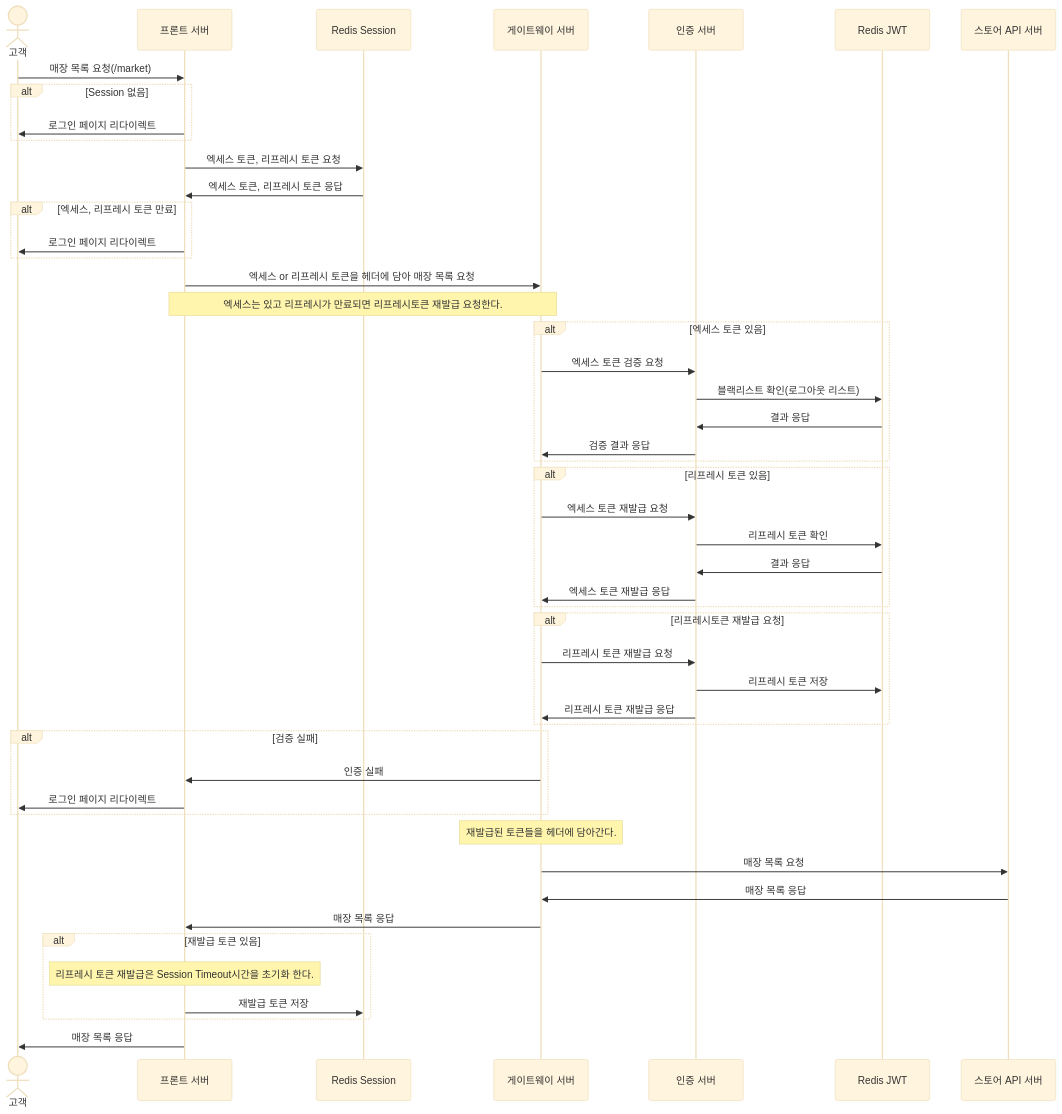
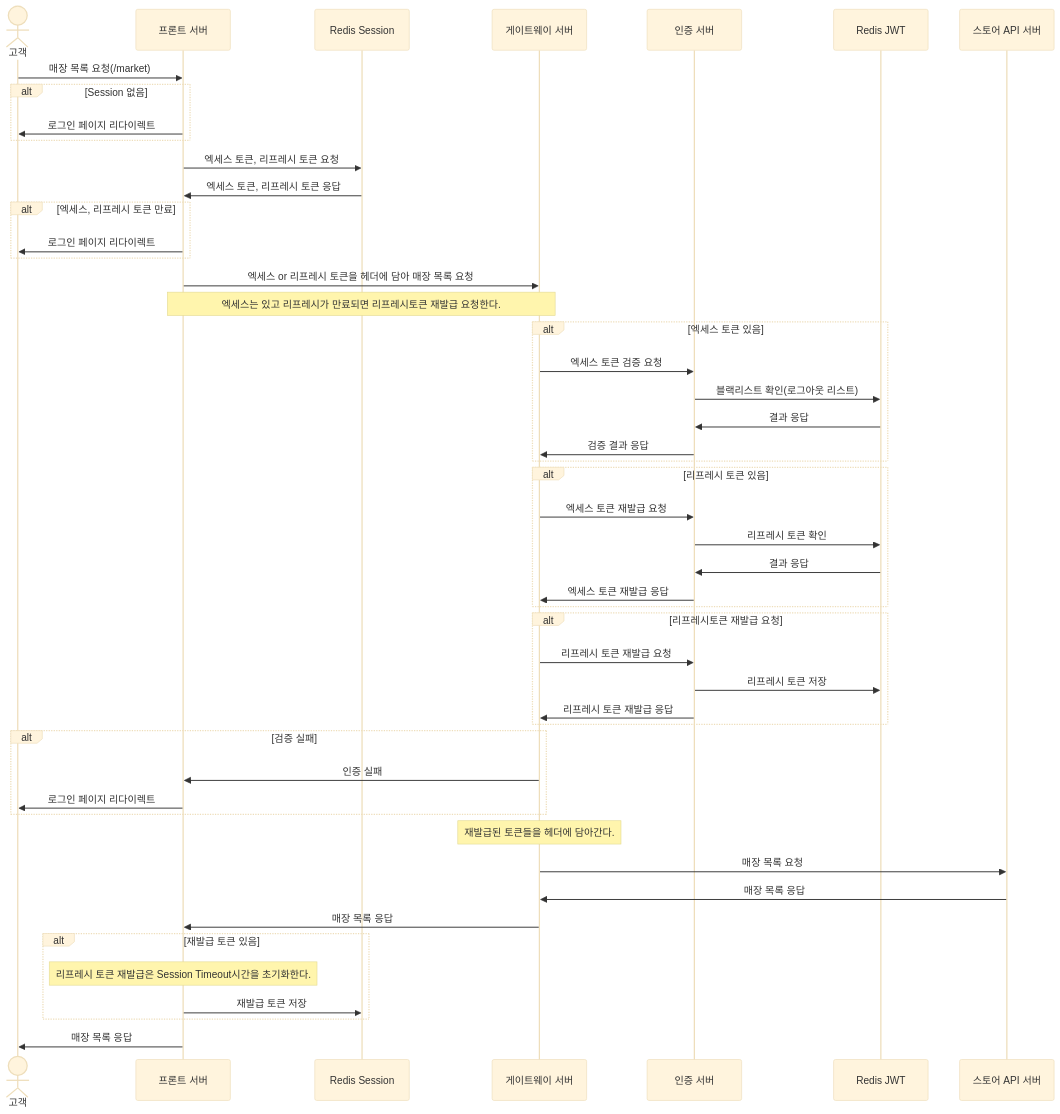
One commit to nhnacademy-be3-baegopa/.github changed the second of 2 diagrams in profile/README.md. Above: the diagram before and after it, drawn with Mermaid (base theme). The commit also changed other lines of this file, not shown here.

````diff
--- a/profile/README.md
+++ b/profile/README.md
@@ -294,66 +182,66 @@
 ```mermaid
 sequenceDiagram
 
 actor c as 고객
 participant front as 프론트 서버
 participant session as Redis Session
 participant gateway as 게이트웨이 서버
 participant auth as 인증 서버
 participant jwt as Redis JWT
 participant store as 스토어 API 서버
 
 c->>front: 매장 목록 요청(/market)
 
 alt Session 없음
 	front->>c: 로그인 페이지 리다이렉트
 end
 
 front->>session: 엑세스 토큰, 리프레시 토큰 요청
 session->>front: 엑세스 토큰, 리프레시 토큰 응답
 
 alt 엑세스, 리프레시 토큰 만료
 	front->>c: 로그인 페이지 리다이렉트
 end
 
 front->>gateway: 엑세스 or 리프레시 토큰을 헤더에 담아 매장 목록 요청
-note over front,gateway: 엑세스는 있고 리프레시가 만료되면 리프레시토큰 재발급 요청한다.
+note over front, gateway: 엑세스는 있고 리프레시가 만료되면 리프레시토큰 재발급 요청한다.
 
 alt 엑세스 토큰 있음
 	gateway->>auth: 엑세스 토큰 검증 요청
 	auth->>jwt: 블랙리스트 확인(로그아웃 리스트)
 	jwt->>auth: 결과 응답
 	auth->>gateway: 검증 결과 응답
 end
 
 alt 리프레시 토큰 있음
 	gateway->>auth: 엑세스 토큰 재발급 요청
 	auth->>jwt: 리프레시 토큰 확인
 	jwt->>auth: 결과 응답
 	auth->>gateway: 엑세스 토큰 재발급 응답
 end
 
 alt 리프레시토큰 재발급 요청
 	gateway->>auth: 리프레시 토큰 재발급 요청
 	auth->>jwt: 리프레시 토큰 저장
 	auth->>gateway: 리프레시 토큰 재발급 응답
 end
 
 alt 검증 실패
 	gateway->>front: 인증 실패
 	front->>c: 로그인 페이지 리다이렉트
 end
 
 note over gateway: 재발급된 토큰들을 헤더에 담아간다.
 
 gateway->>store: 매장 목록 요청
 store->>gateway: 매장 목록 응답
 gateway->>front: 매장 목록 응답
 
 alt 재발급 토큰 있음
-	note over front: 리프레시 토큰 재발급은 Session Timeout시간을 초기화 한다.	
+	note over front: 리프레시 토큰 재발급은 Session Timeout시간을 초기화한다.	
 	front->>session: 재발급 토큰 저장
 end
 
 front->>c: 매장 목록 응답
 
 ```
````
